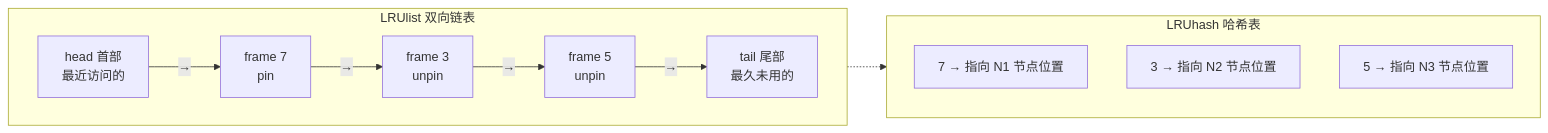
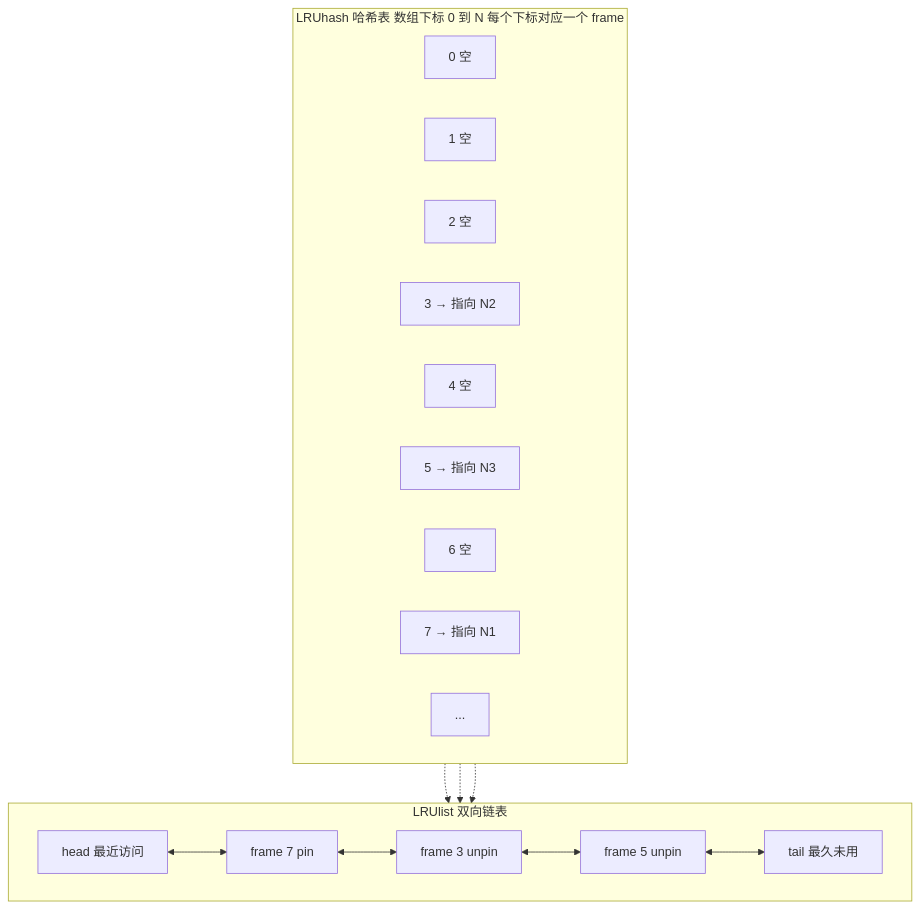
Before and after one commit to Dorian7Alden/RMDB-2024-Analyze: the first of 11 diagrams in my-analysis/01-storage-layer/07-page-replacer.md, drawn with Mermaid.

Commit message:
LRU 哈希表横向展示 列出所有下标含空位 更直观

````diff
--- a/my-analysis/01-storage-layer/07-page-replacer.md
+++ b/my-analysis/01-storage-layer/07-page-replacer.md
@@ -44,13 +44,27 @@
 ```mermaid
-flowchart LR
+flowchart TD
     subgraph LIST["LRUlist 双向链表"]
         direction LR
-        HEAD["head 首部\n最近访问的"] -->|"→"| N1["frame 7\npin"] -->|"→"| N2["frame 3\nunpin"] -->|"→"| N3["frame 5\nunpin"] -->|"→"| TAIL["tail 尾部\n最久未用的"]
+        HEAD["head 最近访问"] <--> N1["frame 7 pin"]
+        N1 <--> N2["frame 3 unpin"]
+        N2 <--> N3["frame 5 unpin"]
+        N3 <--> TAIL["tail 最久未用"]
     end
-    subgraph HASH["LRUhash 哈希表"]
-        H1["7 → 指向 N1 节点位置"]
-        H2["3 → 指向 N2 节点位置"]
-        H3["5 → 指向 N3 节点位置"]
+
+    subgraph HASH["LRUhash 哈希表 数组下标 0 到 N 每个下标对应一个 frame"]
+        direction LR
+        H0["0 空"]
+        H1["1 空"]
+        H2["2 空"]
+        H3["3 → 指向 N2"]
+        H4["4 空"]
+        H5["5 → 指向 N3"]
+        H6["6 空"]
+        H7["7 → 指向 N1"]
+        HD["..."]
     end
-    LIST -.-> HASH
+
+    H3 -.-> N2
+    H5 -.-> N3
+    H7 -.-> N1
 ```
````
